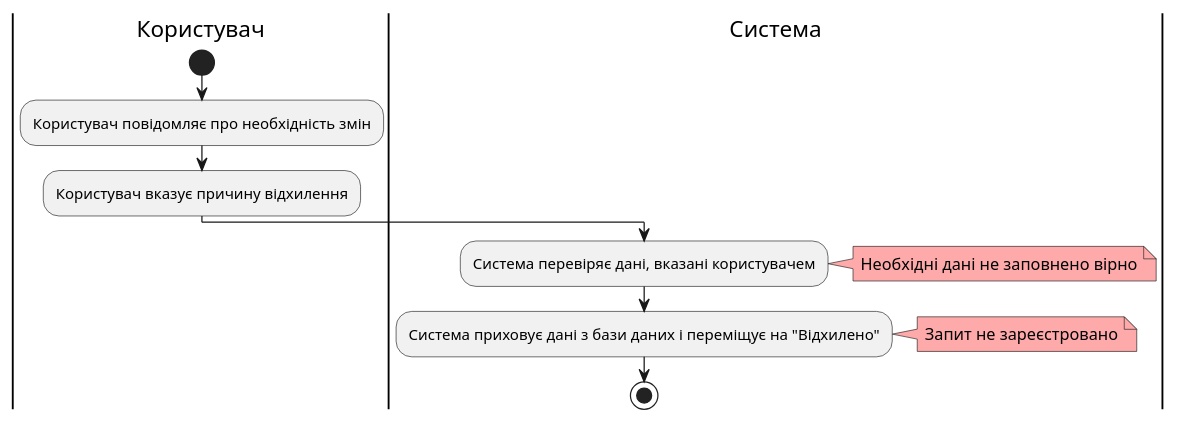
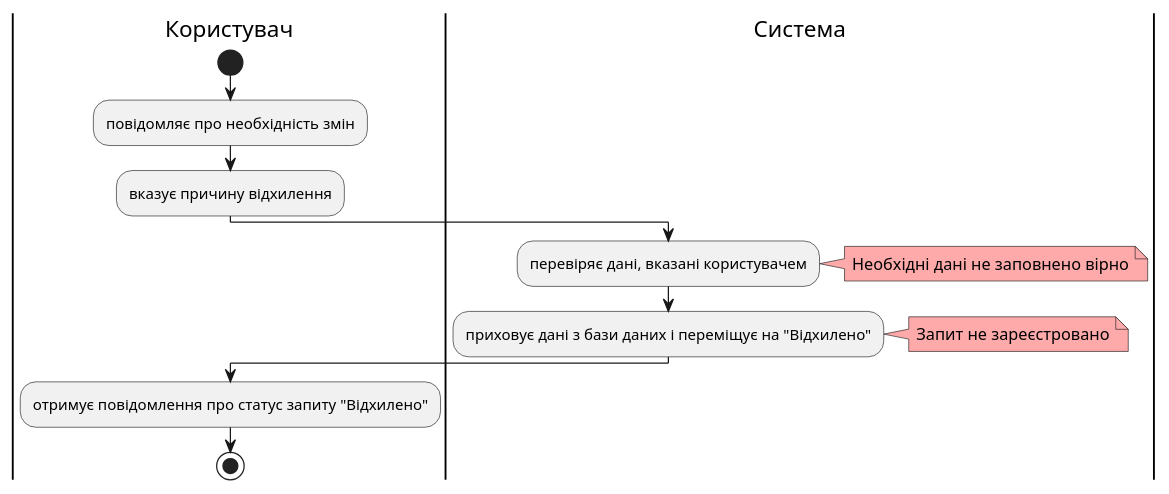
One commit to yarikkot04/Sup changed diagram 22 of 23 in docs/use cases/README.md. Above: the diagram before and after it, drawn with PlantUML. The commit also changed other lines of this file and 1 other file, not shown here.

```diff
--- a/docs/use cases/README.md
+++ b/docs/use cases/README.md
@@ -1010,18 +1013,20 @@
 @startuml
 
     |Користувач|
       start
-       :Користувач повідомляє про необхідність змін;
-       :Користувач вказує причину відхилення;
+       :повідомляє про необхідність змін;
+       :вказує причину відхилення;
     |Система|
-       :Система перевіряє дані, вказані користувачем;
+       :перевіряє дані, вказані користувачем;
         note right #ffaaaa
         Необхідні дані не заповнено вірно
         end note
-       :Система приховує дані з бази даних і переміщує на "Відхилено";
+       :приховує дані з бази даних і переміщує на "Відхилено";
         note right #ffaaaa
         Запит не зареєстровано
         end note
+    |Користувач|
+       :отримує повідомлення про статус запиту "Відхилено"; 
       stop;
 
 @enduml
```
